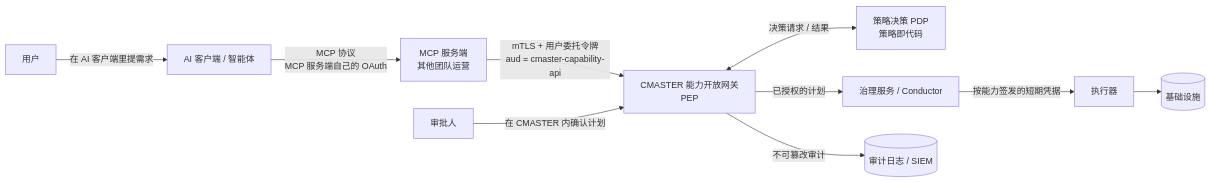
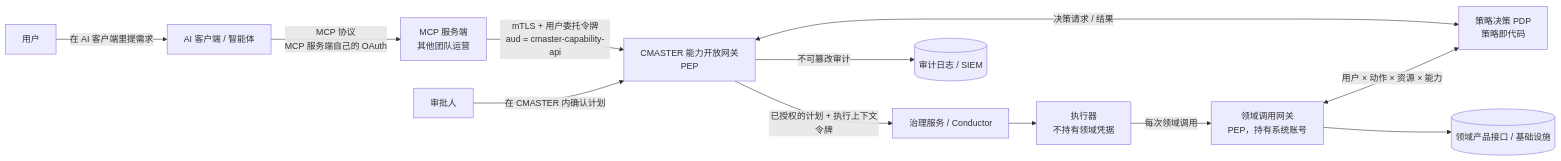
One commit to yiyisf/reactflow-ui changed the first of 3 diagrams in docs/design/v1.4.0-MCP能力开放与权限管控设计.md. Above: the diagram before and after it, drawn with Mermaid. The commit also changed other lines of this file, not shown here.

````diff
--- a/docs/design/v1.4.0-MCP能力开放与权限管控设计.md
+++ b/docs/design/v1.4.0-MCP能力开放与权限管控设计.md
@@ -56,12 +59,14 @@
 ```mermaid
 flowchart LR
   U[用户] -->|在 AI 客户端里提需求| C[AI 客户端 / 智能体]
   C -->|MCP 协议<br/>MCP 服务端自己的 OAuth| M[MCP 服务端<br/>其他团队运营]
   M -->|mTLS + 用户委托令牌<br/>aud = cmaster-capability-api| G[CMASTER 能力开放网关<br/>PEP]
   G <-->|决策请求 / 结果| P[策略决策 PDP<br/>策略即代码]
-  G -->|已授权的计划| O[治理服务 / Conductor]
-  O -->|按能力签发的短期凭据| W[执行器]
-  W --> I[(基础设施)]
+  G -->|已授权的计划 + 执行上下文令牌| O[治理服务 / Conductor]
+  O --> W[执行器<br/>不持有领域凭据]
+  W -->|每次领域调用| DG[领域调用网关<br/>PEP，持有系统账号]
+  DG <-->|用户 × 动作 × 资源 × 能力| P
+  DG --> I[(领域产品接口 / 基础设施)]
   A[审批人] -->|在 CMASTER 内确认计划| G
   G -->|不可篡改审计| L[(审计日志 / SIEM)]
 ```
````
